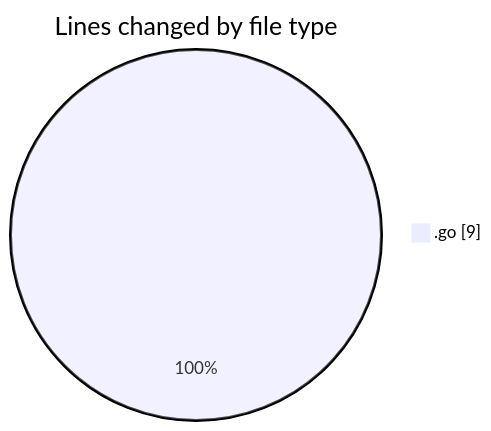
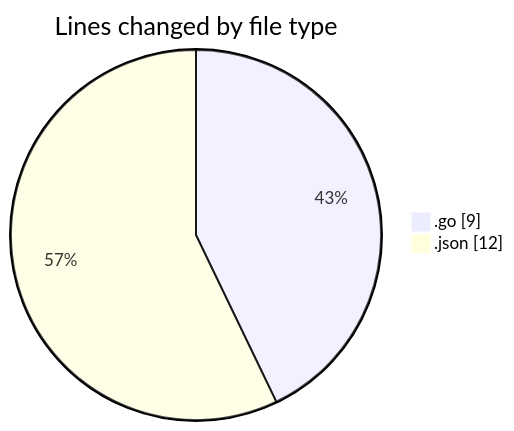
The first of 2 diagrams in 2025-05-01/go/README.md (BS-eng2023/code-tracking), drawn with Mermaid before and after one commit. The commit also changed other lines of this file and 1 other file, not shown here.

````diff
--- a/2025-05-01/go/README.md
+++ b/2025-05-01/go/README.md
@@ -21,5 +22,6 @@
 ```mermaid
 pie showData
 title Lines changed by file type
 ".go" : 9
+".json" : 12
 ```
````
